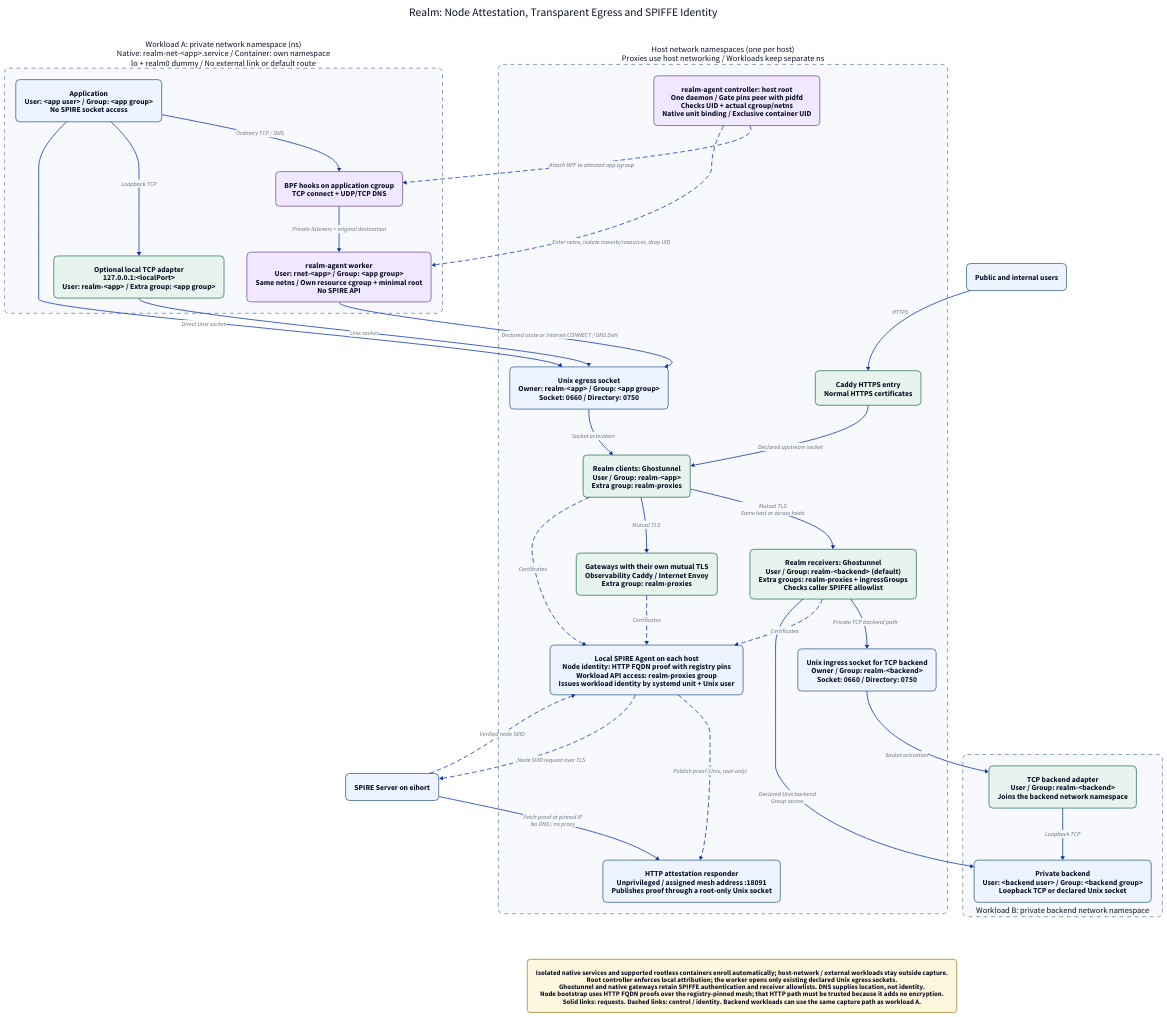
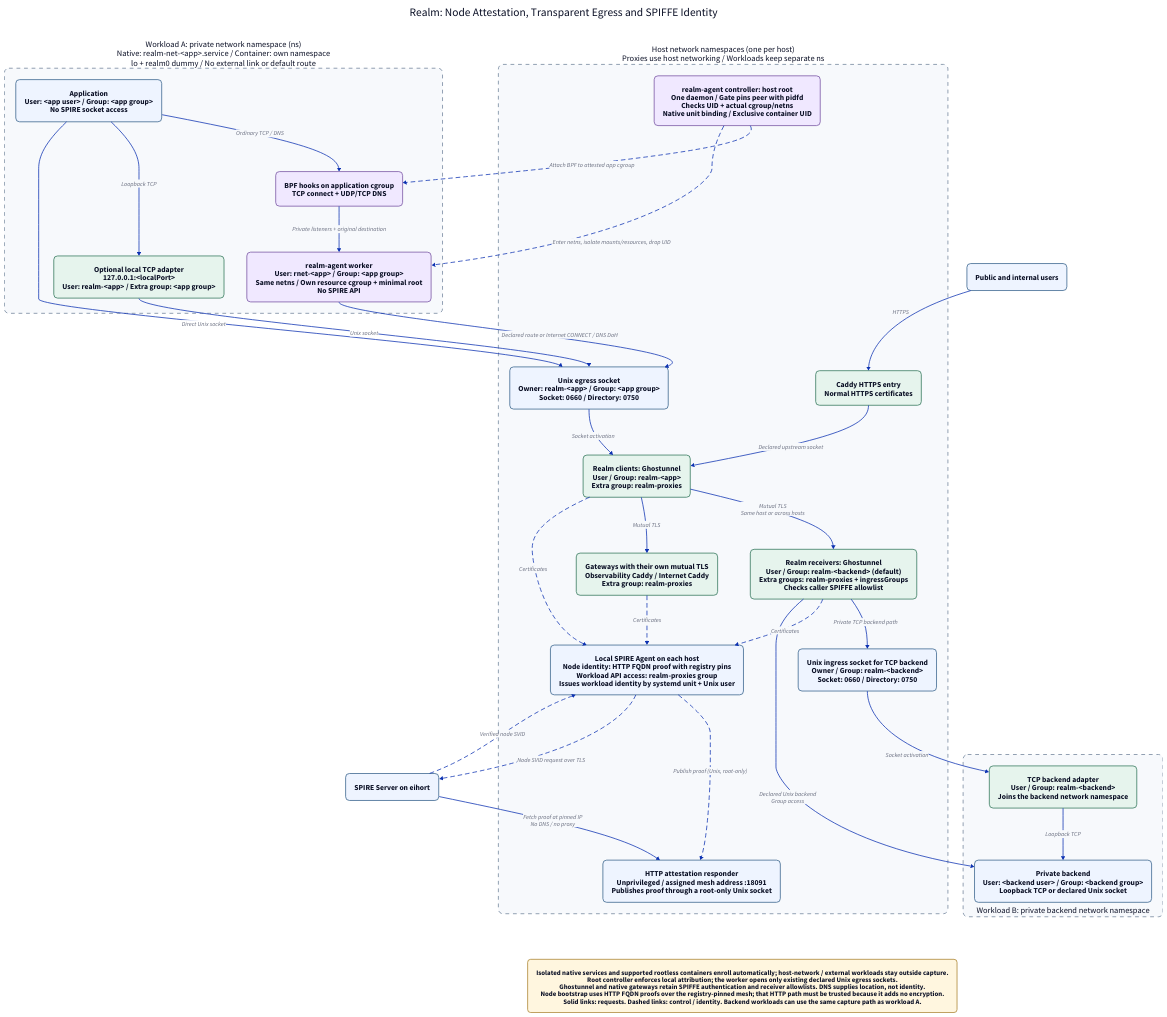
Before and after one commit to oluceps/nixos-config: the diagram in layout/realm-overview.d2, drawn with D2. The commit also changed 51 other files, not shown here.

```diff
--- a/layout/realm-overview.d2
+++ b/layout/realm-overview.d2
@@ -1,72 +1,72 @@
 direction: down
 vars: { d2-config: { theme-id: 0 } }
 classes: {
   node: { style: { fill: "#eef4ff"; stroke: "#37628b"; border-radius: 10; font-size: 20 } }
   gateway: { style: { fill: "#e6f4ed"; stroke: "#31765b"; border-radius: 10; font-size: 20 } }
   agent: { style: { fill: "#f0e8ff"; stroke: "#7652a2"; border-radius: 10; font-size: 20 } }
   note: { style: { fill: "#fff6df"; stroke: "#aa8330"; border-radius: 8; font-size: 18 } }
   namespace: { style: { fill: "#f7f9fc"; stroke: "#71839b"; stroke-dash: 5; border-radius: 12; font-size: 22 } }
 }
 title: "Realm: Node Attestation, Transparent Egress and SPIFFE Identity" { shape: text; style.font-size: 30 }
 users: "Public and internal users" { class: node }
 
 app_ns: "Workload A: private network namespace (ns)\nNative: realm-net-<app>.service / Container: own namespace\nlo + realm0 dummy / No external link or default route" {
   class: namespace
   app: "Application\nUser: <app user> / Group: <app group>\nNo SPIRE socket access" { class: node }
   capture: "BPF hooks on application cgroup\nTCP connect + UDP/TCP DNS" { class: agent }
   worker: "realm-agent worker\nUser: rnet-<app> / Group: <app group>\nSame netns / Own resource cgroup + minimal root\nNo SPIRE API" { class: agent }
   app -> capture: "Ordinary TCP / DNS"
   capture -> worker: "Private listeners + original destination"
   adapter: "Optional local TCP adapter\n127.0.0.1:<localPort>\nUser: realm-<app> / Extra group: <app group>" { class: gateway }
   app -> adapter: "Loopback TCP"
 }
 
 host_ns: "Host network namespaces (one per host)\nProxies use host networking / Workloads keep separate ns" {
   class: namespace
   caddy: "Caddy HTTPS entry\nNormal HTTPS certificates" { class: gateway }
   egress: "Unix egress socket\nOwner: realm-<app> / Group: <app group>\nSocket: 0660 / Directory: 0750" { class: node }
   clients: "Realm clients: Ghostunnel\nUser / Group: realm-<app>\nExtra group: realm-proxies" { class: gateway }
   receivers: "Realm receivers: Ghostunnel\nUser / Group: realm-<backend> (default)\nExtra groups: realm-proxies + ingressGroups\nChecks caller SPIFFE allowlist" { class: gateway }
   ingress: "Unix ingress socket for TCP backend\nOwner / Group: realm-<backend>\nSocket: 0660 / Directory: 0750" { class: node }
-  native: "Gateways with their own mutual TLS\nObservability Caddy / Internet Envoy\nExtra group: realm-proxies" { class: gateway }
+  native: "Gateways with their own mutual TLS\nObservability Caddy / Internet Caddy\nExtra group: realm-proxies" { class: gateway }
   controller: "realm-agent controller: host root\nOne daemon / Gate pins peer with pidfd\nChecks UID + actual cgroup/netns\nNative unit binding / Exclusive container UID" { class: agent }
   agent: "Local SPIRE Agent on each host\nNode identity: HTTP FQDN proof with registry pins\nWorkload API access: realm-proxies group\nIssues workload identity by systemd unit + Unix user" { class: node }
   responder: "HTTP attestation responder\nUnprivileged / assigned mesh address :18091\nPublishes proof through a root-only Unix socket" { class: node }
   caddy -> clients: "Declared upstream socket"
   egress -> clients: "Socket activation"
   clients -> receivers: "Mutual TLS\nSame host or across hosts"
   receivers -> ingress: "Private TCP backend path"
   clients -> native: "Mutual TLS"
   clients -> agent: "Certificates" { style.stroke-dash: 5 }
   receivers -> agent: "Certificates" { style.stroke-dash: 5 }
   native -> agent: "Certificates" { style.stroke-dash: 5 }
   agent -> responder: "Publish proof (Unix, root-only)" { style.stroke-dash: 5 }
 }
 
 backend_ns: "Workload B: private backend network namespace" {
   class: namespace
   label.near: bottom-center
   adapter: "TCP backend adapter\nUser / Group: realm-<backend>\nJoins the backend network namespace" { class: gateway }
   backend: "Private backend\nUser: <backend user> / Group: <backend group>\nLoopback TCP or declared Unix socket" { class: node }
   adapter -> backend: "Loopback TCP"
 }
 server: "SPIRE Server on eihort" { class: node }
 
 users -> host_ns.caddy: "HTTPS"
 app_ns.app -> host_ns.egress: "Direct Unix socket"
 app_ns.adapter -> host_ns.egress: "Unix socket"
 app_ns.worker -> host_ns.egress: "Declared route or Internet CONNECT / DNS DoH"
 host_ns.controller -> app_ns.capture: "Attach BPF to attested app cgroup" { style.stroke-dash: 5 }
 host_ns.controller -> app_ns.worker: "Enter netns, isolate mounts/resources, drop UID" { style.stroke-dash: 5 }
 host_ns.ingress -> backend_ns.adapter: "Socket activation"
 host_ns.receivers -> backend_ns.backend: "Declared Unix backend\nGroup access"
 host_ns.agent -> server: "Node SVID request over TLS" { style.stroke-dash: 5 }
 server -> host_ns.responder: "Fetch proof at pinned IP\nNo DNS / no proxy"
 server -> host_ns.agent: "Verified node SVID" { style.stroke-dash: 5 }
 
 note: "Isolated native services and supported rootless containers enroll automatically; host-network / external workloads stay outside capture.\nRoot controller enforces local attribution; the worker opens only existing declared Unix egress sockets.\nGhostunnel and native gateways retain SPIFFE authentication and receiver allowlists. DNS supplies location, not identity.\nNode bootstrap uses HTTP FQDN proofs over the registry-pinned mesh; that HTTP path must be trusted because it adds no encryption.\nSolid links: requests. Dashed links: control / identity. Backend workloads can use the same capture path as workload A." { class: note }
 # Invisible edges arrange the title and note.
 title -> users: { style.opacity: 0 }
 title -> app_ns: { style.opacity: 0 }
 backend_ns -> note: { style.opacity: 0 }
 server -> note: { style.opacity: 0 }
```
